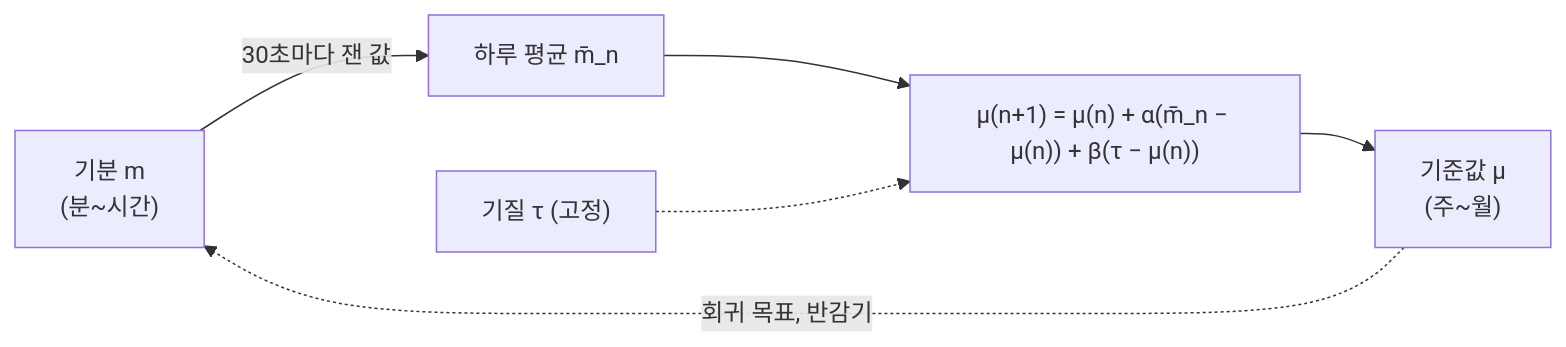
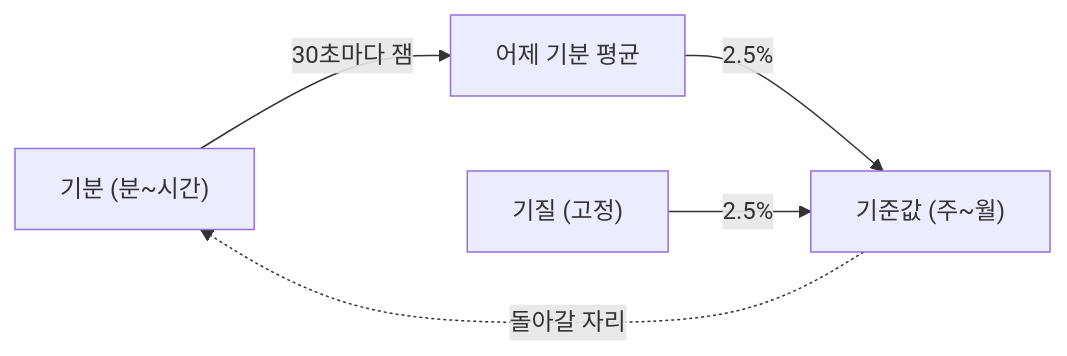
One commit to HEOSEONGILml/AssistantChatBot changed the third of 8 diagrams in ARCHITECTURE.md. Above: the diagram before and after it, drawn with Mermaid. The commit also changed other lines of this file and 6 other files, not shown here.

````diff
--- a/ARCHITECTURE.md
+++ b/ARCHITECTURE.md
@@ -159,8 +146,7 @@
 ```mermaid
 flowchart LR
-  M["기분 m<br>(분~시간)"] -->|"30초마다 잰 값"| AVG["하루 평균 m̄_n"]
-  AVG --> UPD["μ(n+1) = μ(n) + α(m̄_n − μ(n)) + β(τ − μ(n))"]
-  TAU["기질 τ (고정)"] -.-> UPD
-  UPD --> MU["기준값 μ<br>(주~월)"]
-  MU -.->|"회귀 목표, 반감기"| M
+  M["기분 (분~시간)"] -->|"30초마다 잼"| AVG["어제 기분 평균"]
+  AVG -->|"2.5%"| MU["기준값 (주~월)"]
+  TAU["기질 (고정)"] -->|"2.5%"| MU
+  MU -.->|"돌아갈 자리"| M
 ```
````
